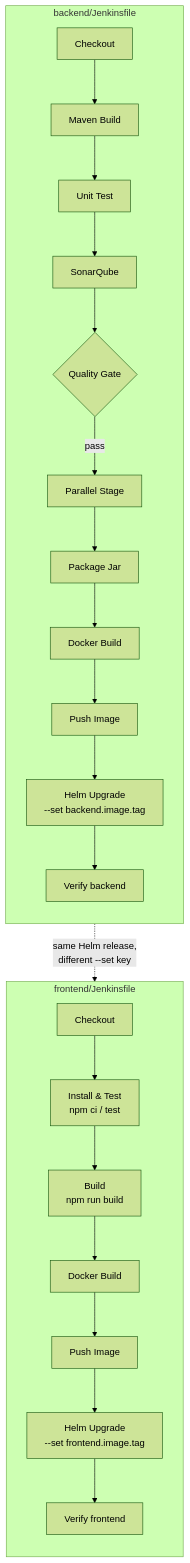
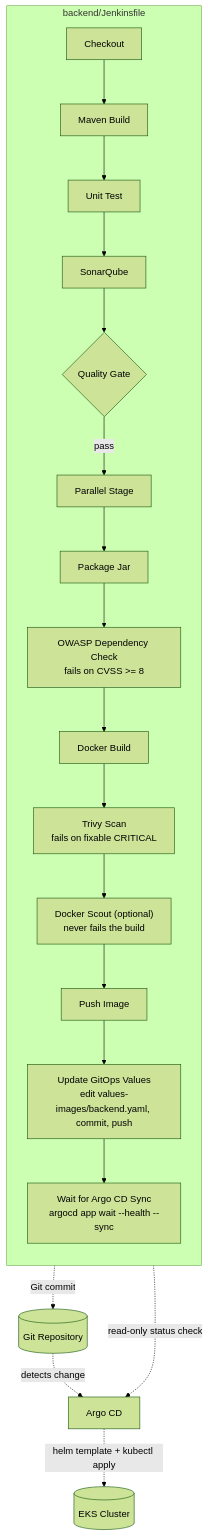
Before and after one commit to srikanth78933/Enterprise-DevOps-Learning-Platform: the first of 3 diagrams in architecture/pipeline-diagram.md, drawn with Mermaid (forest theme). The commit also changed other lines of this file and 30 other files, not shown here.

````diff
--- a/architecture/pipeline-diagram.md
+++ b/architecture/pipeline-diagram.md
@@ -8,22 +7,21 @@
 ```mermaid
 flowchart TD
     subgraph BE["backend/Jenkinsfile"]
         direction TB
         B1[Checkout] --> B2[Maven Build] --> B3[Unit Test] --> B4[SonarQube]
         B4 --> B5{Quality Gate}
         B5 -- pass --> B6[Parallel Stage] --> B7[Package Jar]
-        B7 --> B8[Docker Build] --> B9[Push Image]
-        B9 --> B10["Helm Upgrade<br/>--set backend.image.tag"]
-        B10 --> B11[Verify backend]
+        B7 --> B8["OWASP Dependency Check<br/>fails on CVSS >= 8"]
+        B8 --> B9[Docker Build]
+        B9 --> B10["Trivy Scan<br/>fails on fixable CRITICAL"]
+        B10 --> B11["Docker Scout (optional)<br/>never fails the build"]
+        B11 --> B12[Push Image]
+        B12 --> B13["Update GitOps Values<br/>edit values-images/backend.yaml, commit, push"]
+        B13 --> B14["Wait for Argo CD Sync<br/>argocd app wait --health --sync"]
     end
 
-    subgraph FE["frontend/Jenkinsfile"]
-        direction TB
-        F1[Checkout] --> F2["Install & Test<br/>npm ci / test"] --> F3["Build<br/>npm run build"]
-        F3 --> F4[Docker Build] --> F5[Push Image]
-        F5 --> F6["Helm Upgrade<br/>--set frontend.image.tag"]
-        F6 --> F7[Verify frontend]
-    end
-
-    B10 -.->|"same Helm release,\ndifferent --set key"| F6
+    B13 -.->|"Git commit"| GitRepo[(Git Repository)]
+    GitRepo -.->|"detects change"| ArgoCD[Argo CD]
+    ArgoCD -.->|"helm template + kubectl apply"| Cluster[(EKS Cluster)]
+    B14 -.->|"read-only status check"| ArgoCD
 ```
````
